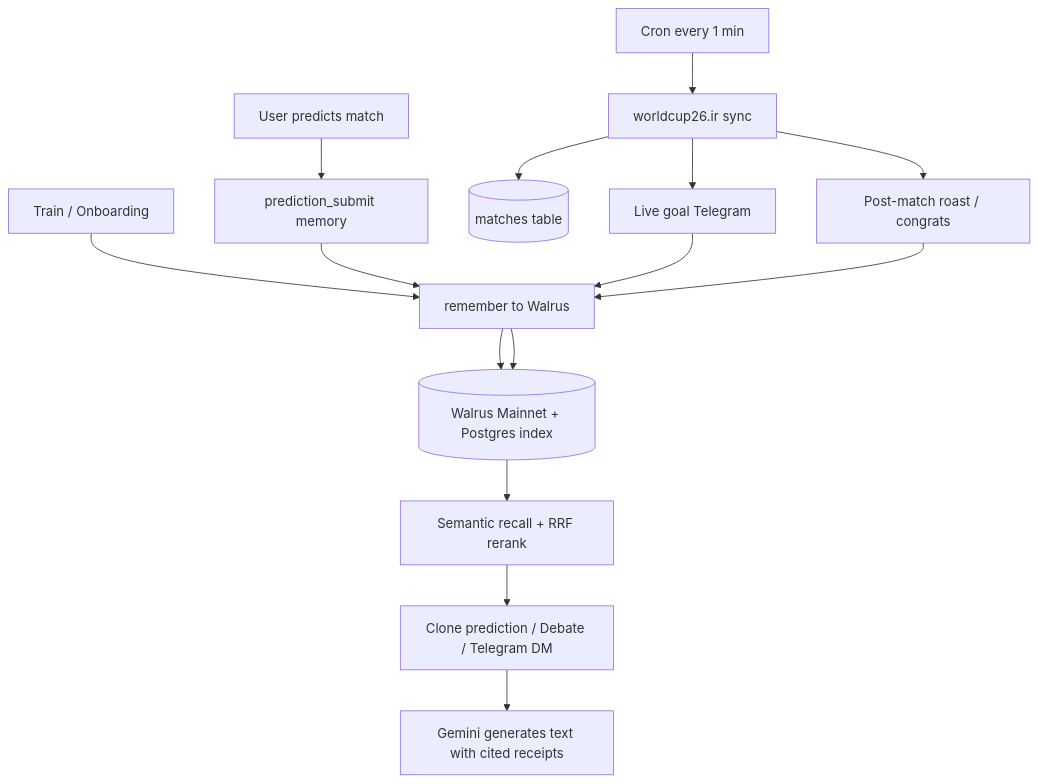
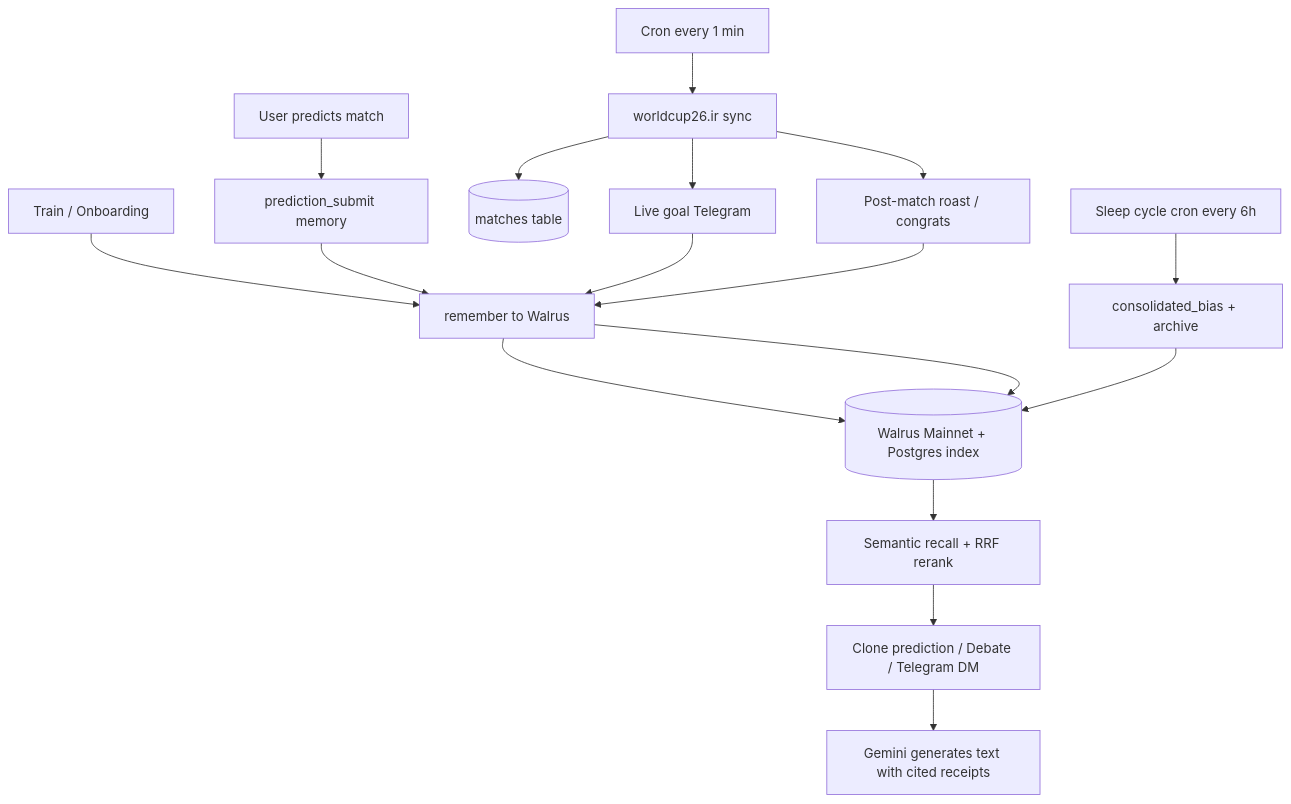
The first of 2 diagrams in docs/how-it-works.md (shery8595/Hool-Clone), drawn with Mermaid before and after one commit. The commit also changed other lines of this file and 27 other files, not shown here.

````diff
--- a/docs/how-it-works.md
+++ b/docs/how-it-works.md
@@ -11,20 +11,23 @@
 ```mermaid
 flowchart TD
   Train[Train / Onboarding] --> Remember[remember to Walrus]
   Predict[User predicts match] --> PredMem[prediction_submit memory]
   PredMem --> Remember
   Remember --> Walrus[(Walrus Mainnet + Postgres index)]
 
   Walrus --> Recall[Semantic recall + RRF rerank]
   Recall --> Clone[Clone prediction / Debate / Telegram DM]
   Clone --> Gemini[Gemini generates text with cited receipts]
 
   Cron[Cron every 1 min] --> Sync[worldcup26.ir sync]
   Sync --> DB[(matches table)]
   Sync --> LiveGoal[Live goal Telegram]
   Sync --> PostMatch[Post-match roast / congrats]
 
   LiveGoal --> Remember
   PostMatch --> Remember
   Remember --> Walrus
+
+  Consolidate[Sleep cycle cron every 6h] --> Merge[consolidated_bias + archive]
+  Merge --> Walrus
 ```
````
